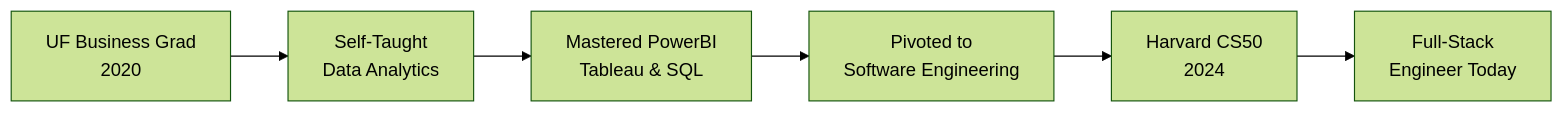
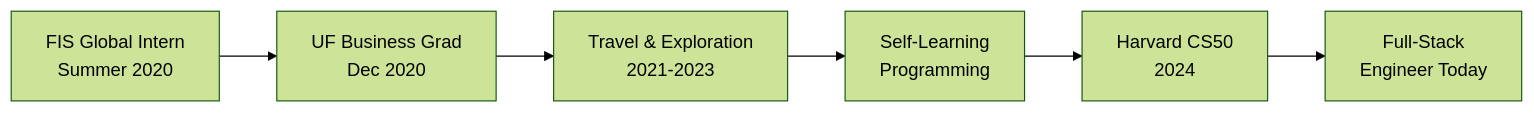
Before and after one commit to dexC166/dexC166: the diagram in README.md, drawn with Mermaid (forest theme). The commit also changed other lines of this file, not shown here.

First line of the commit message:
Refine profile with accurate timeline and authentic journey

````diff
--- a/README.md
+++ b/README.md
@@ -99,8 +99,8 @@
 ```mermaid
 graph LR
-    A[UF Business Grad<br/>2020] --> B[Self-Taught<br/>Data Analytics]
-    B --> C[Mastered PowerBI<br/>Tableau & SQL]
-    C --> D[Pivoted to<br/>Software Engineering]
+    A[FIS Global Intern<br/>Summer 2020] --> B[UF Business Grad<br/>Dec 2020]
+    B --> C[Travel & Exploration<br/>2021-2023]
+    C --> D[Self-Learning<br/>Programming]
     D --> E[Harvard CS50<br/>2024]
     E --> F[Full-Stack<br/>Engineer Today]
 ```
````
